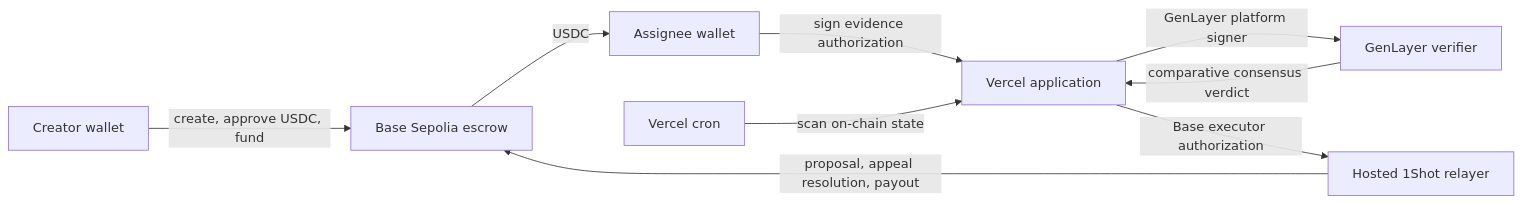
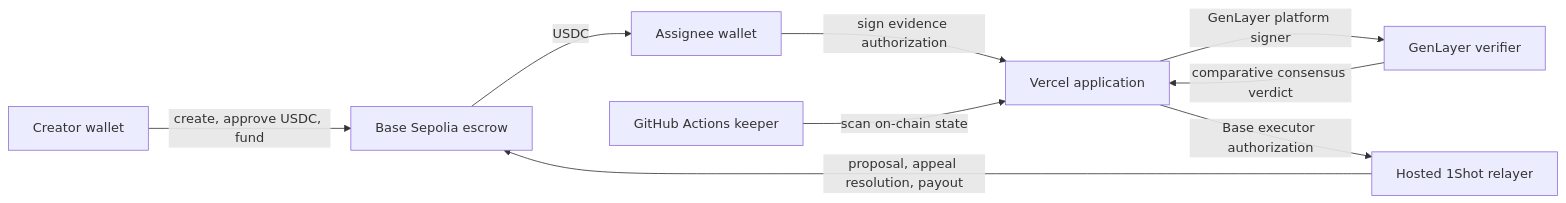
One commit to TS-mfon/Milestone-Judge changed the diagram in README.md. Above: the diagram before and after it, drawn with Mermaid. The commit also changed other lines of this file and 4 other files, not shown here.

````diff
--- a/README.md
+++ b/README.md
@@ -65,11 +65,11 @@
 ```mermaid
 flowchart LR
   Creator[Creator wallet] -->|create, approve USDC, fund| Base[Base Sepolia escrow]
   Assignee[Assignee wallet] -->|sign evidence authorization| Web[Vercel application]
   Web -->|GenLayer platform signer| GenLayer[GenLayer verifier]
   GenLayer -->|comparative consensus verdict| Web
   Web -->|Base executor authorization| OneShot[Hosted 1Shot relayer]
-  Cron[Vercel cron] -->|scan on-chain state| Web
+  Keeper[GitHub Actions keeper] -->|scan on-chain state| Web
   OneShot -->|proposal, appeal resolution, payout| Base
   Base -->|USDC| Assignee
 ```
````
